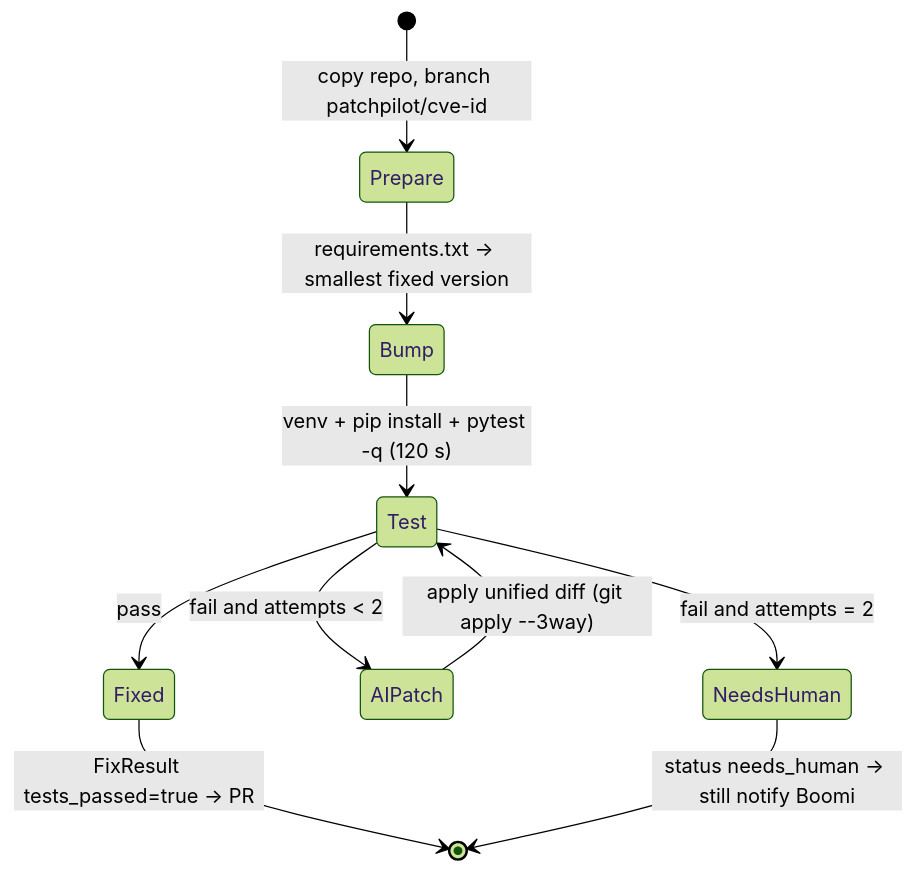
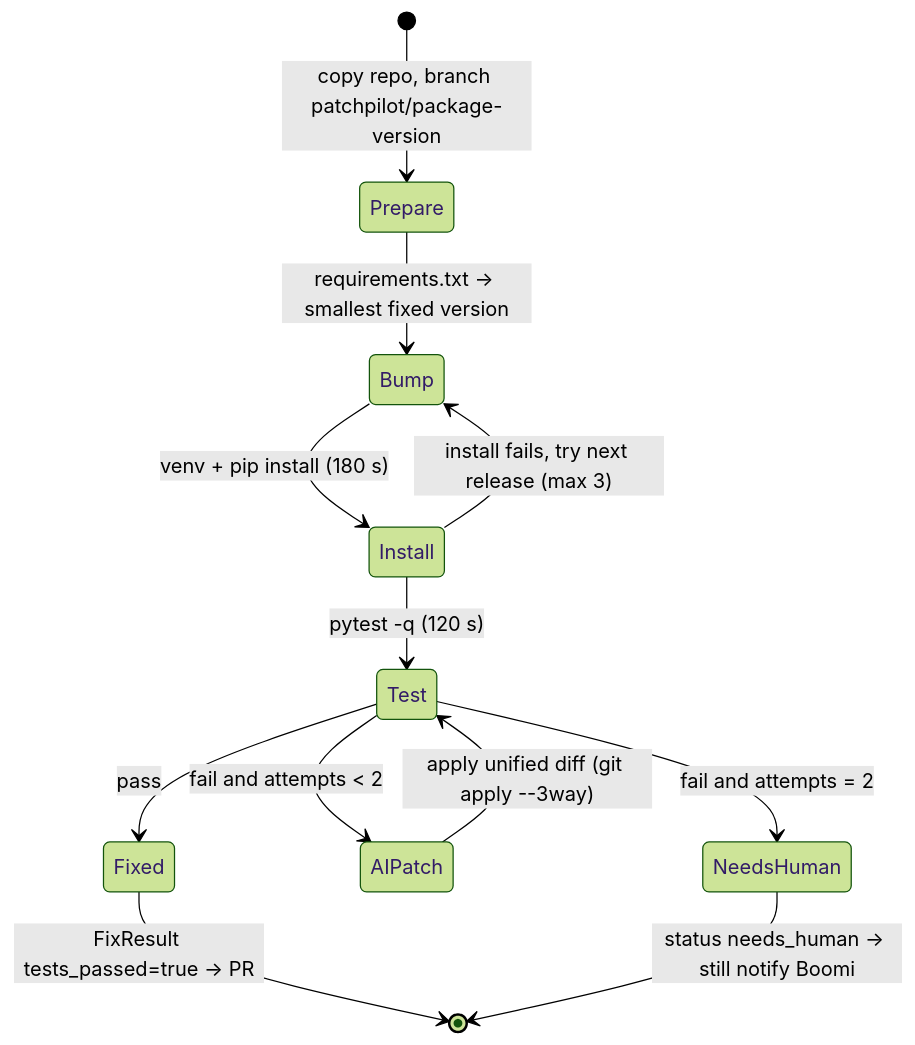
The seventh of 11 diagrams in docs/DIAGRAMS.md (BommepalliRoop/patchpilot-dryrun), drawn with Mermaid (forest theme) before and after one commit. The commit also changed other lines of this file and 16 other files, not shown here.

````diff
--- a/docs/DIAGRAMS.md
+++ b/docs/DIAGRAMS.md
@@ -242,12 +246,14 @@
 ```mermaid
 stateDiagram-v2
-    [*] --> Prepare: copy repo, branch patchpilot/cve-id
+    [*] --> Prepare: copy repo, branch patchpilot/package-version
     Prepare --> Bump: requirements.txt → smallest fixed version
-    Bump --> Test: venv + pip install + pytest -q (120 s)
+    Bump --> Install: venv + pip install (180 s)
+    Install --> Bump: install fails, try next release (max 3)
+    Install --> Test: pytest -q (120 s)
     Test --> Fixed: pass
     Test --> AIPatch: fail and attempts < 2
     AIPatch --> Test: apply unified diff (git apply --3way)
     Test --> NeedsHuman: fail and attempts = 2
     Fixed --> [*]: FixResult tests_passed=true → PR
     NeedsHuman --> [*]: status needs_human → still notify Boomi
 ```
````
